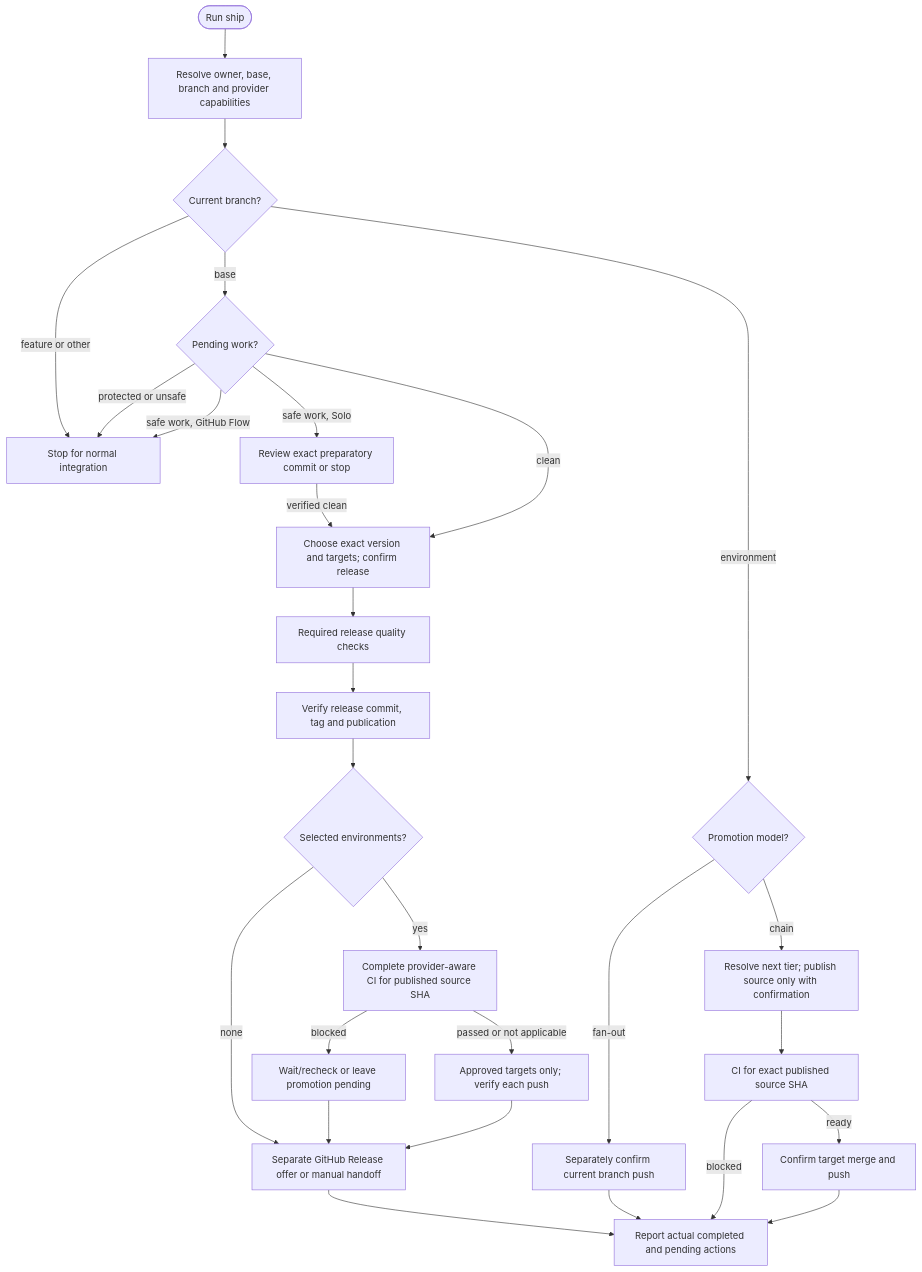
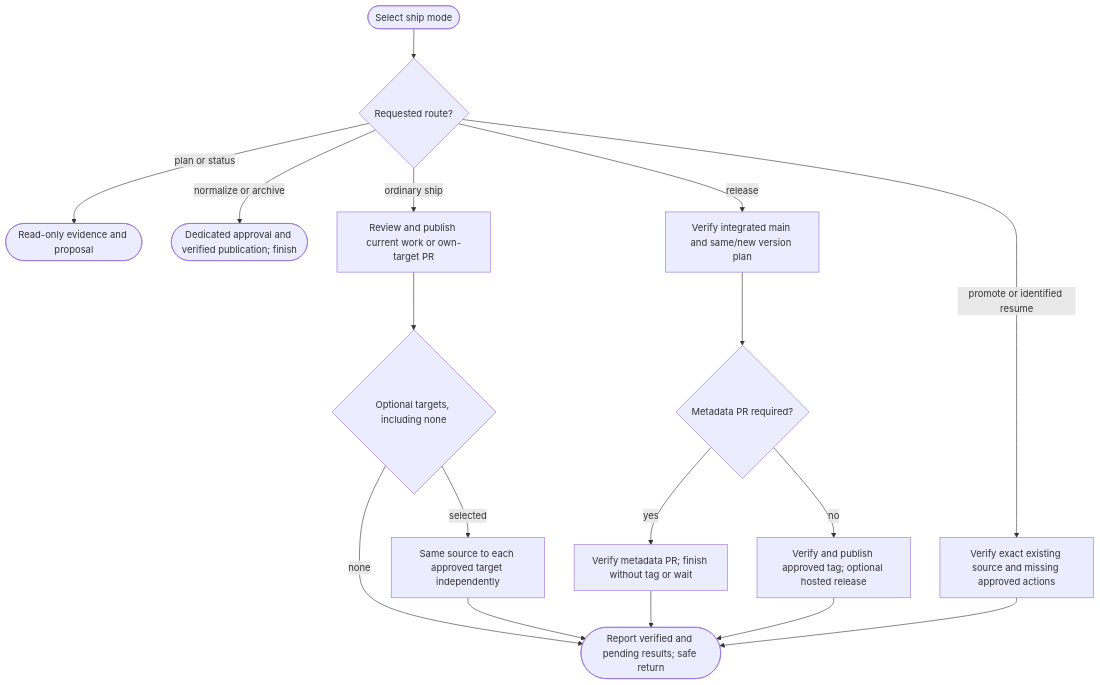
The diagram in docs/commands/ship.md (myowinthein/agent-helm), drawn with Mermaid before and after one commit. The commit also changed other lines of this file and 101 other files, not shown here.

First line of the commit message:
feat(core)!: publish shared workflows and docs site

````diff
--- a/docs/commands/ship.md
+++ b/docs/commands/ship.md
@@ -15,30 +36,19 @@
 ```mermaid
 flowchart TD
-  Start([Run ship]) --> Preflight[Resolve owner, base, branch and provider capabilities]
-  Preflight --> Branch{Current branch?}
-  Branch -->|feature or other| Stop[Stop for normal integration]
-  Branch -->|base| Dirty{Pending work?}
-  Dirty -->|protected or unsafe| Stop
-  Dirty -->|safe work, GitHub Flow| Stop
-  Dirty -->|safe work, Solo| Review[Review exact preparatory commit or stop]
-  Dirty -->|clean| Version
-  Review -->|verified clean| Version[Choose exact version and targets; confirm release]
-  Version --> Quality[Required release quality checks]
-  Quality --> Release[Verify release commit, tag and publication]
-  Release --> Targets{Selected environments?}
-  Targets -->|none| GH[Separate GitHub Release offer or manual handoff]
-  Targets -->|yes| CI[Complete provider-aware CI for published source SHA]
-  CI -->|blocked| Pending[Wait/recheck or leave promotion pending]
-  Pending --> GH
-  CI -->|passed or not applicable| Promote[Approved targets only; verify each push]
-  Promote --> GH
-  Branch -->|environment| Mode{Promotion model?}
-  Mode -->|fan-out| Push[Separately confirm current branch push]
-  Mode -->|chain| Hop[Resolve next tier; publish source only with confirmation]
-  Hop --> HopCI[CI for exact published source SHA]
-  HopCI -->|blocked| Report[Report actual completed and pending actions]
-  HopCI -->|ready| Confirm[Confirm target merge and push]
-  Confirm --> Report
-  GH --> Report
-  Push --> Report
+  Start([Select ship mode]) --> Route{Requested route?}
+  Route -->|plan or status| Inspect([Read-only evidence and proposal])
+  Route -->|normalize or archive| Special([Dedicated approval and verified publication; finish])
+  Route -->|ordinary ship| Core[Review and publish current work or own-target PR]
+  Core --> Choice{Optional targets, including none}
+  Choice -->|none| Finish([Report verified and pending results; safe return])
+  Choice -->|selected| Targets[Same source to each approved target independently]
+  Targets --> Finish
+  Route -->|release| Release[Verify integrated main and same/new version plan]
+  Release --> Metadata{Metadata PR required?}
+  Metadata -->|yes| PR[Verify metadata PR; finish without tag or wait]
+  Metadata -->|no| Tag[Verify and publish approved tag; optional hosted release]
+  PR --> Finish
+  Tag --> Finish
+  Route -->|promote or identified resume| Continue[Verify exact existing source and missing approved actions]
+  Continue --> Finish
 ```
````
